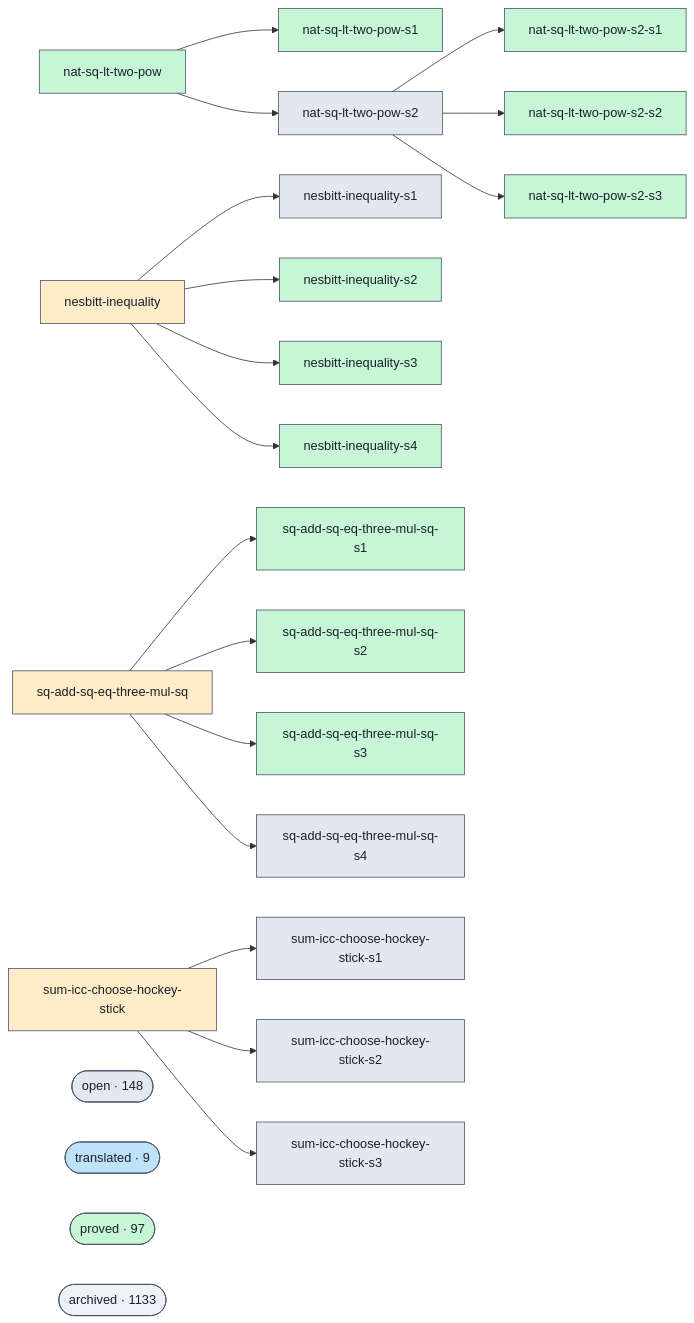
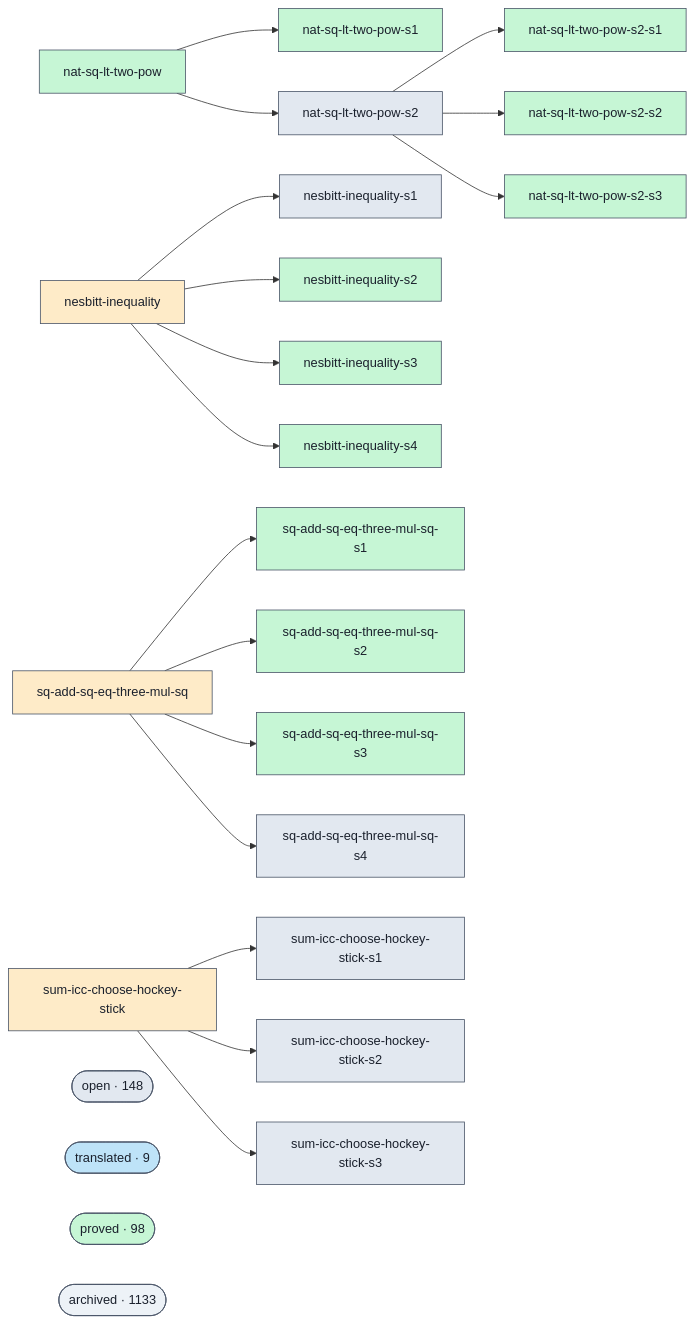
Before and after one commit to ohdearquant/unsorry: the diagram in docs/proofs-contributors-visualisation.md, drawn with Mermaid. The commit also changed other lines of this file and 2 other files, not shown here.

```diff
--- a/docs/proofs-contributors-visualisation.md
+++ b/docs/proofs-contributors-visualisation.md
@@ -102,7 +102,7 @@
   class cluster_open open;
   cluster_translated(["translated · 9"])
   class cluster_translated translated;
-  cluster_proved(["proved · 97"])
+  cluster_proved(["proved · 98"])
   class cluster_proved proved;
   cluster_archived(["archived · 1133"])
   class cluster_archived unknown;
```
